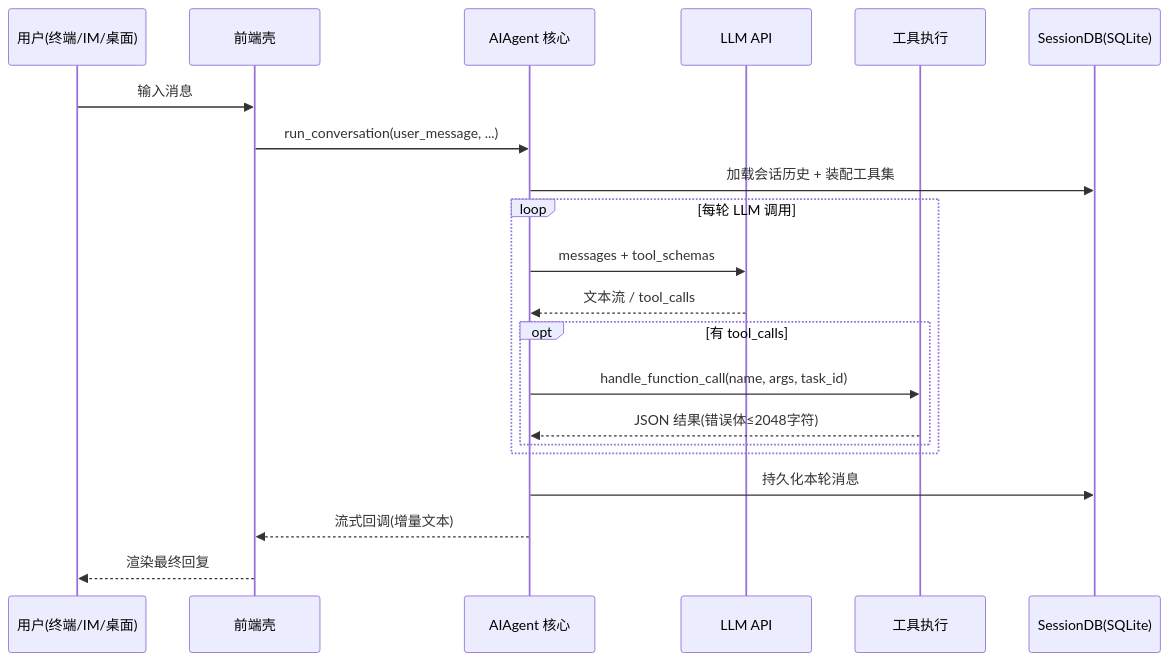
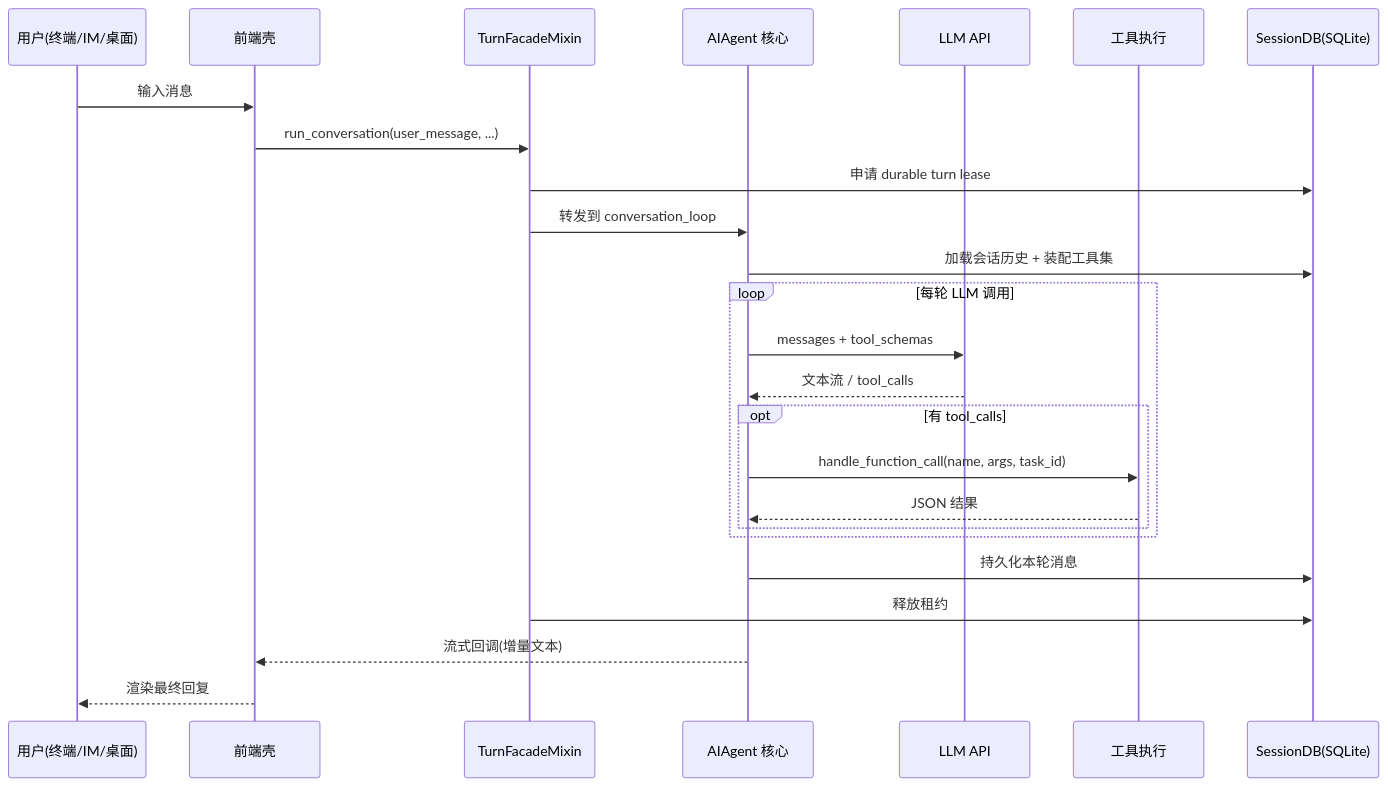
Before and after one commit to adrian9778/hermes-agent: the third of 3 diagrams in docs/sourceReader/01-简单框架-系统骨架.md, drawn with Mermaid. The commit also changed other lines of this file and 22 other files, not shown here.

````diff
--- a/docs/sourceReader/01-简单框架-系统骨架.md
+++ b/docs/sourceReader/01-简单框架-系统骨架.md
@@ -145,24 +162,28 @@
 ```mermaid
 sequenceDiagram
     participant U as 用户(终端/IM/桌面)
     participant FE as 前端壳
+    participant FA as TurnFacadeMixin
     participant AG as AIAgent 核心
     participant LLM as LLM API
     participant TOOL as 工具执行
     participant DB as SessionDB(SQLite)
 
     U->>FE: 输入消息
-    FE->>AG: run_conversation(user_message, ...)
+    FE->>FA: run_conversation(user_message, ...)
+    FA->>DB: 申请 durable turn lease
+    FA->>AG: 转发到 conversation_loop
     AG->>DB: 加载会话历史 + 装配工具集
     loop 每轮 LLM 调用
         AG->>LLM: messages + tool_schemas
         LLM-->>AG: 文本流 / tool_calls
         opt 有 tool_calls
             AG->>TOOL: handle_function_call(name, args, task_id)
-            TOOL-->>AG: JSON 结果(错误体≤2048字符)
+            TOOL-->>AG: JSON 结果
         end
     end
     AG->>DB: 持久化本轮消息
+    FA->>DB: 释放租约
     AG-->>FE: 流式回调(增量文本)
     FE-->>U: 渲染最终回复
 ```
````
